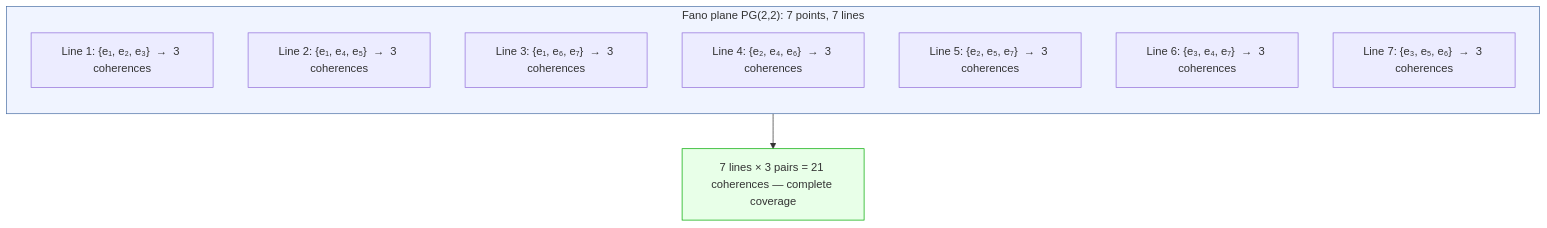
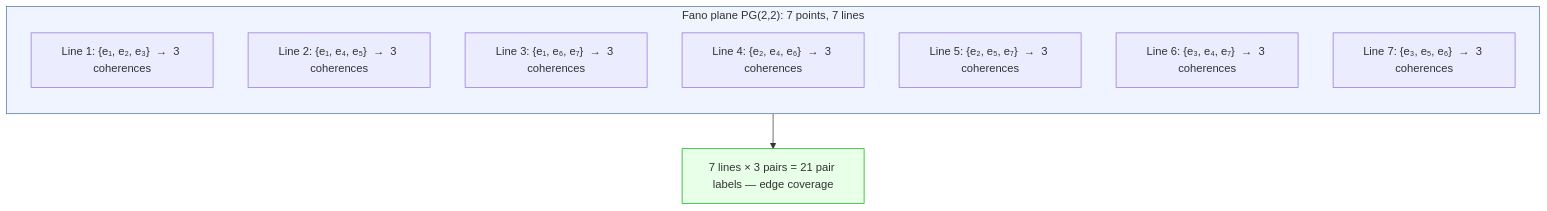
The second of 2 diagrams in website/docs/consciousness/phenomenology/qualia-structure.md (gst-st/uhm), drawn with Mermaid before and after one commit. The commit also changed other lines of this file and 90 other files, not shown here.

````diff
--- a/website/docs/consciousness/phenomenology/qualia-structure.md
+++ b/website/docs/consciousness/phenomenology/qualia-structure.md
@@ -310,19 +198,19 @@
 ```mermaid
 graph TD
     subgraph Fano["Fano plane PG(2,2): 7 points, 7 lines"]
         direction TB
         T1["Line 1: {e₁, e₂, e₃}  →  3 coherences"]
         T2["Line 2: {e₁, e₄, e₅}  →  3 coherences"]
         T3["Line 3: {e₁, e₆, e₇}  →  3 coherences"]
         T4["Line 4: {e₂, e₄, e₆}  →  3 coherences"]
         T5["Line 5: {e₂, e₅, e₇}  →  3 coherences"]
         T6["Line 6: {e₃, e₄, e₇}  →  3 coherences"]
         T7["Line 7: {e₃, e₅, e₆}  →  3 coherences"]
     end
 
-    Total["7 lines × 3 pairs = 21 coherences — complete coverage"]
+    Total["7 lines × 3 pairs = 21 pair labels — edge coverage"]
     Fano --> Total
 
     style Fano fill:#f0f4ff,stroke:#4a6fa5
     style Total fill:#e8ffe8,stroke:#00aa00
 ```
````
